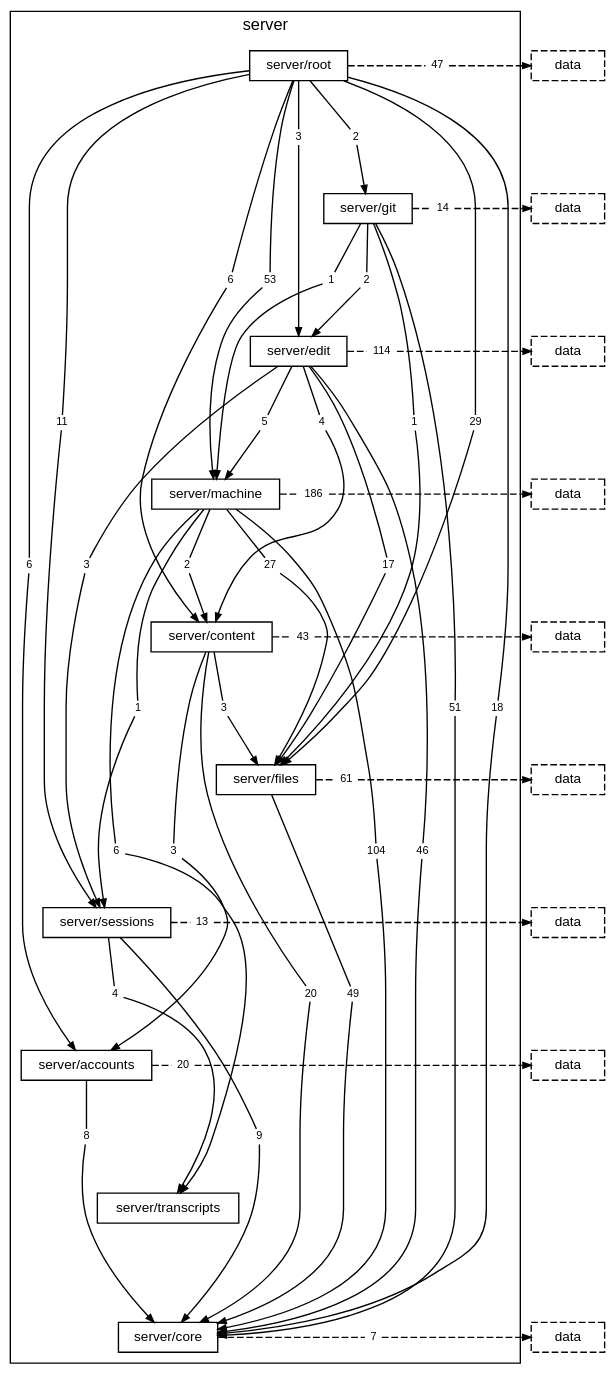
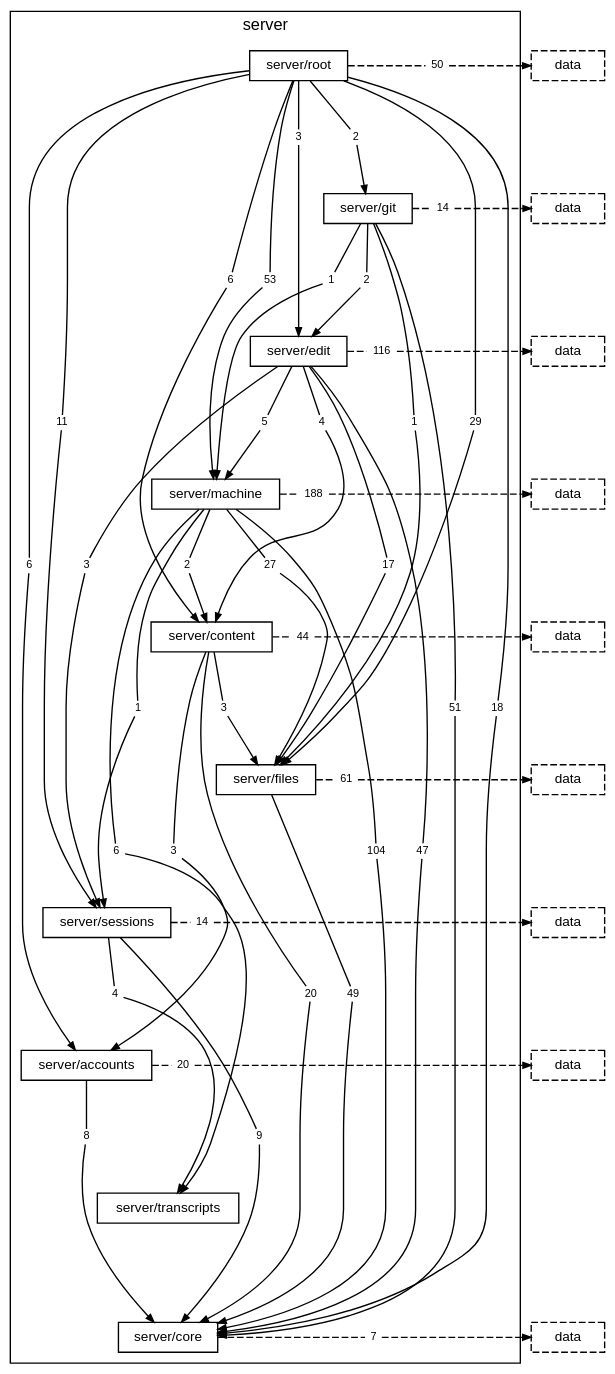
The diagram in docs/diagrams/layer-server.dot (TheAxeC/oculus), drawn with Graphviz before and after one commit. The commit also changed 233 other files, not shown here.

```diff
--- a/docs/diagrams/layer-server.dot
+++ b/docs/diagrams/layer-server.dot
@@ -22,33 +22,33 @@
         "folder server/root to folder server/git" [label="2", shape=box, color="transparent", fontsize=8, width=0, height=0, margin="0.04,0.02"];
         "folder server/root to folder server/machine" [label="53", shape=box, color="transparent", fontsize=8, width=0, height=0, margin="0.04,0.02"];
         "folder server/root to folder server/sessions" [label="11", shape=box, color="transparent", fontsize=8, width=0, height=0, margin="0.04,0.02"];
-        "folder server/root to layer data" [label="47", shape=box, color="transparent", fontsize=8, width=0, height=0, margin="0.04,0.02"];
+        "folder server/root to layer data" [label="50", shape=box, color="transparent", fontsize=8, width=0, height=0, margin="0.04,0.02"];
         "folder server/git to folder server/core" [label="51", shape=box, color="transparent", fontsize=8, width=0, height=0, margin="0.04,0.02"];
         "folder server/git to folder server/edit" [label="2", shape=box, color="transparent", fontsize=8, width=0, height=0, margin="0.04,0.02"];
         "folder server/git to folder server/files" [label="1", shape=box, color="transparent", fontsize=8, width=0, height=0, margin="0.04,0.02"];
         "folder server/git to folder server/machine" [label="1", shape=box, color="transparent", fontsize=8, width=0, height=0, margin="0.04,0.02"];
         "folder server/git to layer data" [label="14", shape=box, color="transparent", fontsize=8, width=0, height=0, margin="0.04,0.02"];
         "folder server/edit to folder server/content" [label="4", shape=box, color="transparent", fontsize=8, width=0, height=0, margin="0.04,0.02"];
-        "folder server/edit to folder server/core" [label="46", shape=box, color="transparent", fontsize=8, width=0, height=0, margin="0.04,0.02"];
+        "folder server/edit to folder server/core" [label="47", shape=box, color="transparent", fontsize=8, width=0, height=0, margin="0.04,0.02"];
         "folder server/edit to folder server/files" [label="17", shape=box, color="transparent", fontsize=8, width=0, height=0, margin="0.04,0.02"];
         "folder server/edit to folder server/machine" [label="5", shape=box, color="transparent", fontsize=8, width=0, height=0, margin="0.04,0.02"];
         "folder server/edit to folder server/sessions" [label="3", shape=box, color="transparent", fontsize=8, width=0, height=0, margin="0.04,0.02"];
-        "folder server/edit to layer data" [label="114", shape=box, color="transparent", fontsize=8, width=0, height=0, margin="0.04,0.02"];
+        "folder server/edit to layer data" [label="116", shape=box, color="transparent", fontsize=8, width=0, height=0, margin="0.04,0.02"];
         "folder server/machine to folder server/content" [label="2", shape=box, color="transparent", fontsize=8, width=0, height=0, margin="0.04,0.02"];
         "folder server/machine to folder server/core" [label="104", shape=box, color="transparent", fontsize=8, width=0, height=0, margin="0.04,0.02"];
         "folder server/machine to folder server/files" [label="27", shape=box, color="transparent", fontsize=8, width=0, height=0, margin="0.04,0.02"];
         "folder server/machine to folder server/sessions" [label="1", shape=box, color="transparent", fontsize=8, width=0, height=0, margin="0.04,0.02"];
         "folder server/machine to folder server/transcripts" [label="6", shape=box, color="transparent", fontsize=8, width=0, height=0, margin="0.04,0.02"];
-        "folder server/machine to layer data" [label="186", shape=box, color="transparent", fontsize=8, width=0, height=0, margin="0.04,0.02"];
+        "folder server/machine to layer data" [label="188", shape=box, color="transparent", fontsize=8, width=0, height=0, margin="0.04,0.02"];
         "folder server/content to folder server/accounts" [label="3", shape=box, color="transparent", fontsize=8, width=0, height=0, margin="0.04,0.02"];
         "folder server/content to folder server/core" [label="20", shape=box, color="transparent", fontsize=8, width=0, height=0, margin="0.04,0.02"];
         "folder server/content to folder server/files" [label="3", shape=box, color="transparent", fontsize=8, width=0, height=0, margin="0.04,0.02"];
-        "folder server/content to layer data" [label="43", shape=box, color="transparent", fontsize=8, width=0, height=0, margin="0.04,0.02"];
+        "folder server/content to layer data" [label="44", shape=box, color="transparent", fontsize=8, width=0, height=0, margin="0.04,0.02"];
         "folder server/files to folder server/core" [label="49", shape=box, color="transparent", fontsize=8, width=0, height=0, margin="0.04,0.02"];
         "folder server/files to layer data" [label="61", shape=box, color="transparent", fontsize=8, width=0, height=0, margin="0.04,0.02"];
         "folder server/sessions to folder server/core" [label="9", shape=box, color="transparent", fontsize=8, width=0, height=0, margin="0.04,0.02"];
         "folder server/sessions to folder server/transcripts" [label="4", shape=box, color="transparent", fontsize=8, width=0, height=0, margin="0.04,0.02"];
-        "folder server/sessions to layer data" [label="13", shape=box, color="transparent", fontsize=8, width=0, height=0, margin="0.04,0.02"];
+        "folder server/sessions to layer data" [label="14", shape=box, color="transparent", fontsize=8, width=0, height=0, margin="0.04,0.02"];
         "folder server/accounts to folder server/core" [label="8", shape=box, color="transparent", fontsize=8, width=0, height=0, margin="0.04,0.02"];
         "folder server/accounts to layer data" [label="20", shape=box, color="transparent", fontsize=8, width=0, height=0, margin="0.04,0.02"];
         "folder server/core to layer data" [label="7", shape=box, color="transparent", fontsize=8, width=0, height=0, margin="0.04,0.02"];
```
